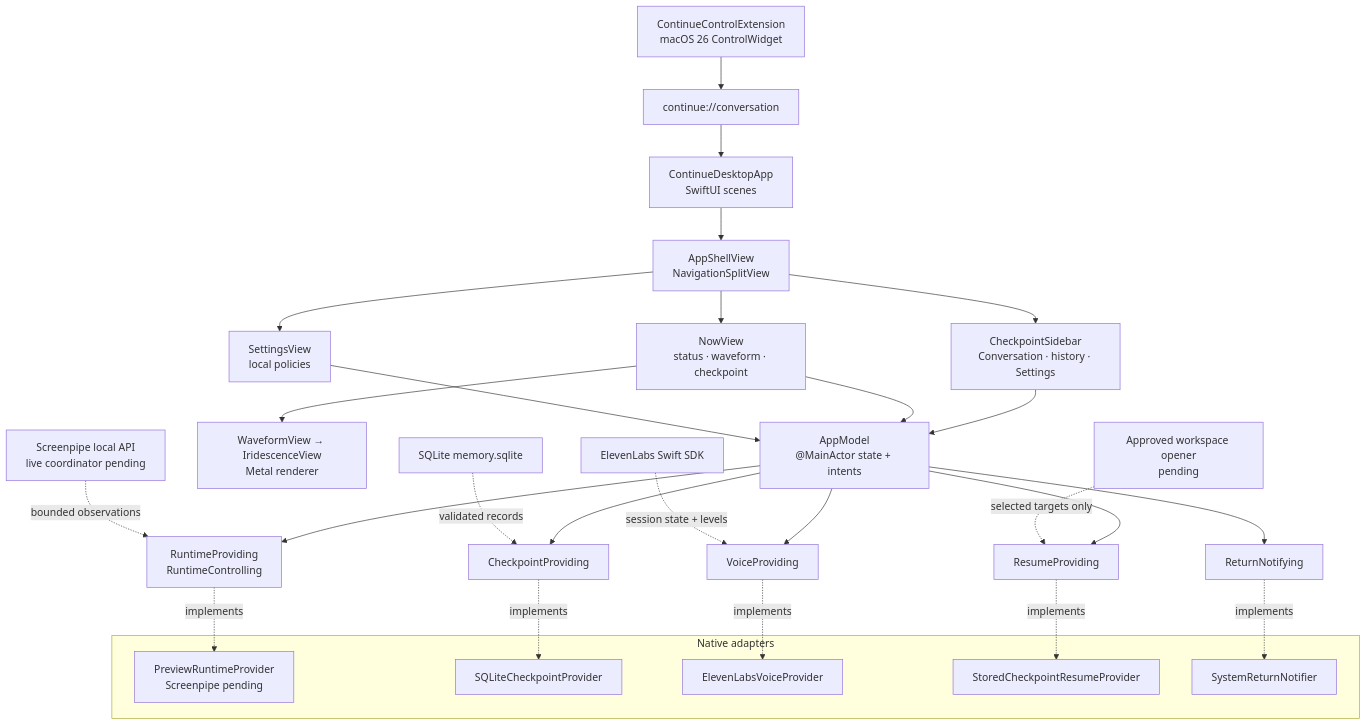
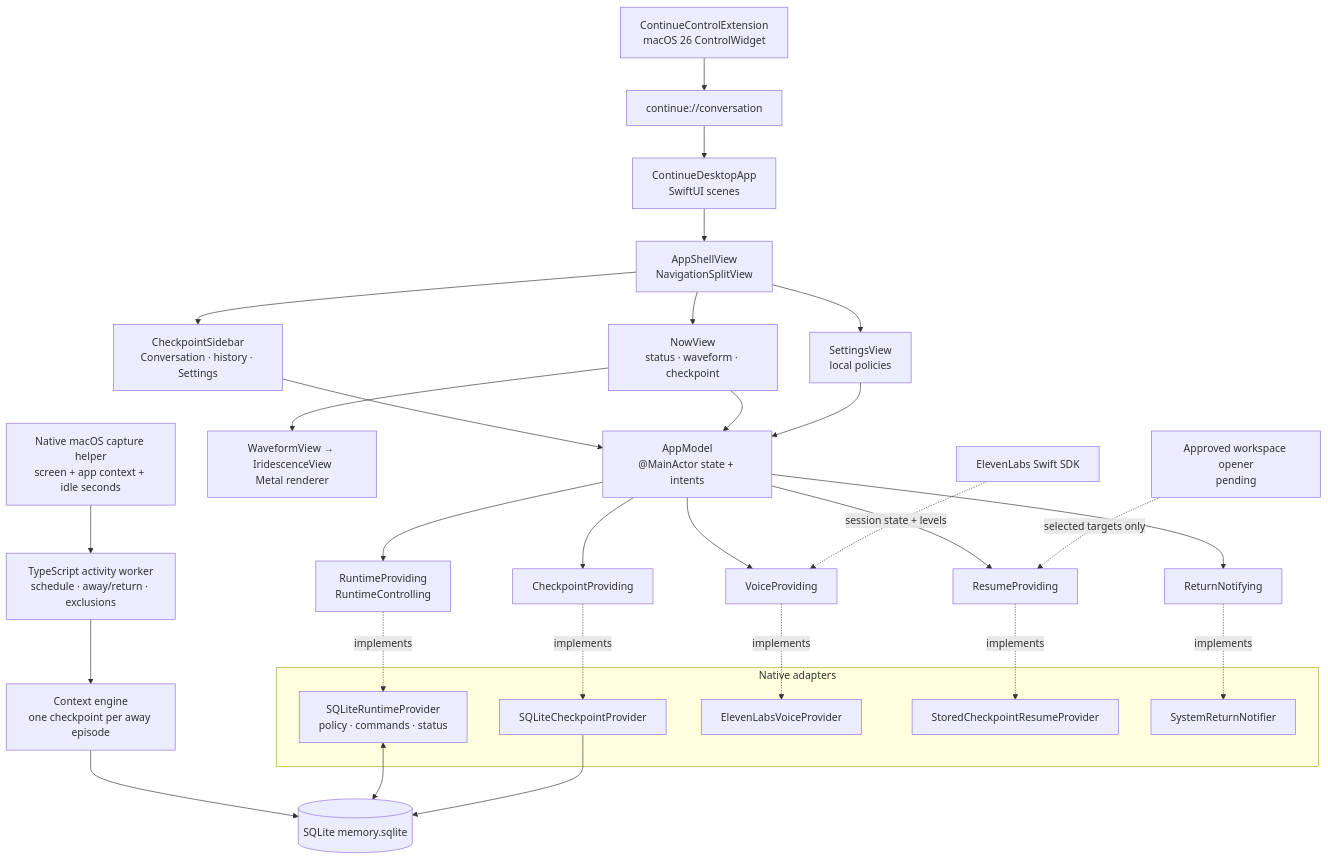
One commit to Johnnti/continue.ai changed the diagram in README.md. Above: the diagram before and after it, drawn with Mermaid. The commit also changed other lines of this file and 2 other files, not shown here.

First line of the commit message:
docs(runtime): document live worker bridge and verification

````diff
--- a/README.md
+++ b/README.md
@@ -201,39 +230,42 @@
 ```mermaid
 flowchart TD
     App["ContinueDesktopApp<br/>SwiftUI scenes"] --> Shell["AppShellView<br/>NavigationSplitView"]
     Control["ContinueControlExtension<br/>macOS 26 ControlWidget"] --> URL["continue://conversation"]
     URL --> App
     Shell --> Sidebar["CheckpointSidebar<br/>Conversation · history · Settings"]
     Shell --> Now["NowView<br/>status · waveform · checkpoint"]
     Shell --> Settings["SettingsView<br/>local policies"]
 
     Sidebar --> Model["AppModel<br/>@MainActor state + intents"]
     Now --> Model
     Settings --> Model
     Now --> Orb["WaveformView → IridescenceView<br/>Metal renderer"]
 
     Model --> Runtime["RuntimeProviding<br/>RuntimeControlling"]
     Model --> Checkpoints["CheckpointProviding"]
     Model --> Voice["VoiceProviding"]
     Model --> Resume["ResumeProviding"]
     Model --> Notify["ReturnNotifying"]
 
     subgraph Adapters["Native adapters"]
-        PreviewRuntime["PreviewRuntimeProvider<br/>Screenpipe pending"]
+        SQLiteRuntime["SQLiteRuntimeProvider<br/>policy · commands · status"]
         SQLiteCheckpoints["SQLiteCheckpointProvider"]
         ElevenLabsVoice["ElevenLabsVoiceProvider"]
         StoredResume["StoredCheckpointResumeProvider"]
         SystemNotify["SystemReturnNotifier"]
     end
 
-    Runtime -. implements .-> PreviewRuntime
+    Runtime -. implements .-> SQLiteRuntime
     Checkpoints -. implements .-> SQLiteCheckpoints
     Voice -. implements .-> ElevenLabsVoice
     Resume -. implements .-> StoredResume
     Notify -. implements .-> SystemNotify
 
-    Screenpipe["Screenpipe local API<br/>live coordinator pending"] -. bounded observations .-> Runtime
-    Store["SQLite memory.sqlite"] -. validated records .-> Checkpoints
+    Capture["Native macOS capture helper<br/>screen + app context + idle seconds"] --> Worker["TypeScript activity worker<br/>schedule · away/return · exclusions"]
+    Worker --> Context["Context engine<br/>one checkpoint per away episode"]
+    Context --> Store[("SQLite memory.sqlite")]
+    SQLiteRuntime <--> Store
+    SQLiteCheckpoints --> Store
     VoiceSDK["ElevenLabs Swift SDK"] -. session state + levels .-> Voice
     Workspace["Approved workspace opener<br/>pending"] -. selected targets only .-> Resume
 ```
````
